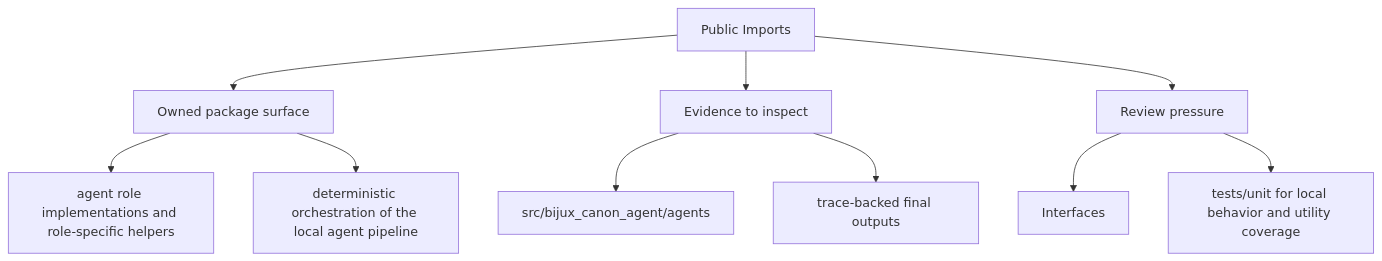
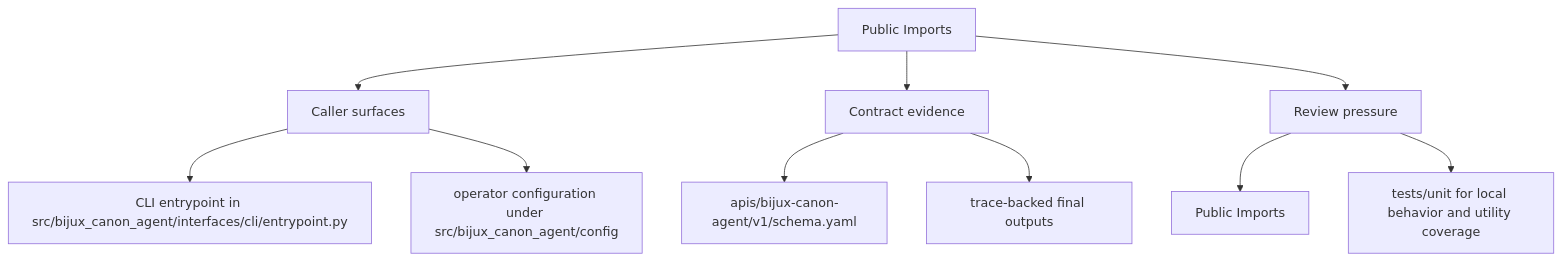
Before and after one commit to bijux/bijux-canon: the second of 2 diagrams in docs/bijux-canon-agent/interfaces/public-imports.md, drawn with Mermaid. The commit also changed other lines of this file and 250 other files, not shown here.

Commit message:
docs(diagrams): make product page maps more readable

````diff
--- a/docs/bijux-canon-agent/interfaces/public-imports.md
+++ b/docs/bijux-canon-agent/interfaces/public-imports.md
@@ -35,22 +35,22 @@
 ```mermaid
 flowchart TD
     page["Public Imports"]
-    focus1["Owned package surface"]
+    focus1["Caller surfaces"]
     page --> focus1
-    focus1_1["agent role implementations and role-specific helpers"]
+    focus1_1["CLI entrypoint in src/bijux_canon_agent/interfaces/cli/entrypoint.py"]
     focus1 --> focus1_1
-    focus1_2["deterministic orchestration of the local agent pipeline"]
+    focus1_2["operator configuration under src/bijux_canon_agent/config"]
     focus1 --> focus1_2
-    focus2["Evidence to inspect"]
+    focus2["Contract evidence"]
     page --> focus2
-    focus2_1["src/bijux_canon_agent/agents"]
+    focus2_1["apis/bijux-canon-agent/v1/schema.yaml"]
     focus2 --> focus2_1
     focus2_2["trace-backed final outputs"]
     focus2 --> focus2_2
     focus3["Review pressure"]
     page --> focus3
-    focus3_1["Interfaces"]
+    focus3_1["Public Imports"]
     focus3 --> focus3_1
     focus3_2["tests/unit for local behavior and utility coverage"]
     focus3 --> focus3_2
 ```
````
